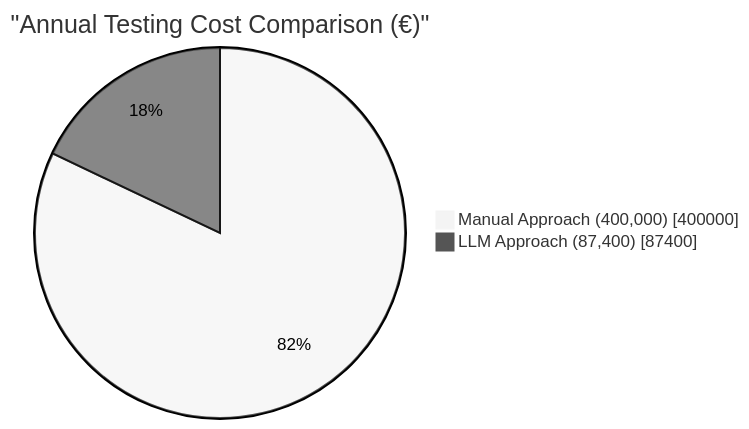
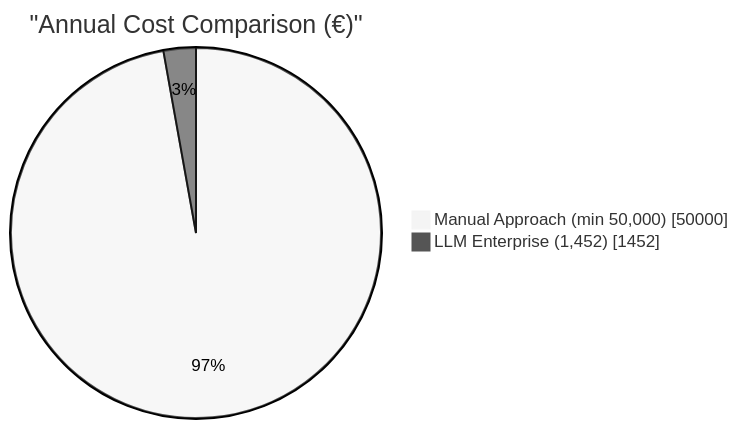
Before and after one commit to abrar0205/temp_thesis: the fourth of 4 diagrams in Chapter_5_Experimental_Results.md, drawn with Mermaid. The commit also changed other lines of this file, not shown here.

````diff
--- a/Chapter_5_Experimental_Results.md
+++ b/Chapter_5_Experimental_Results.md
@@ -154,7 +172,7 @@
 ```mermaid
 %%{init: {'theme': 'neutral'}}%%
 pie showData
-    title "Annual Testing Cost Comparison (€)"
-    "Manual Approach (400,000)" : 400000
-    "LLM Approach (87,400)" : 87400
+    title "Annual Cost Comparison (€)"
+    "Manual Approach (min 50,000)" : 50000
+    "LLM Enterprise (1,452)" : 1452
 ```
````
